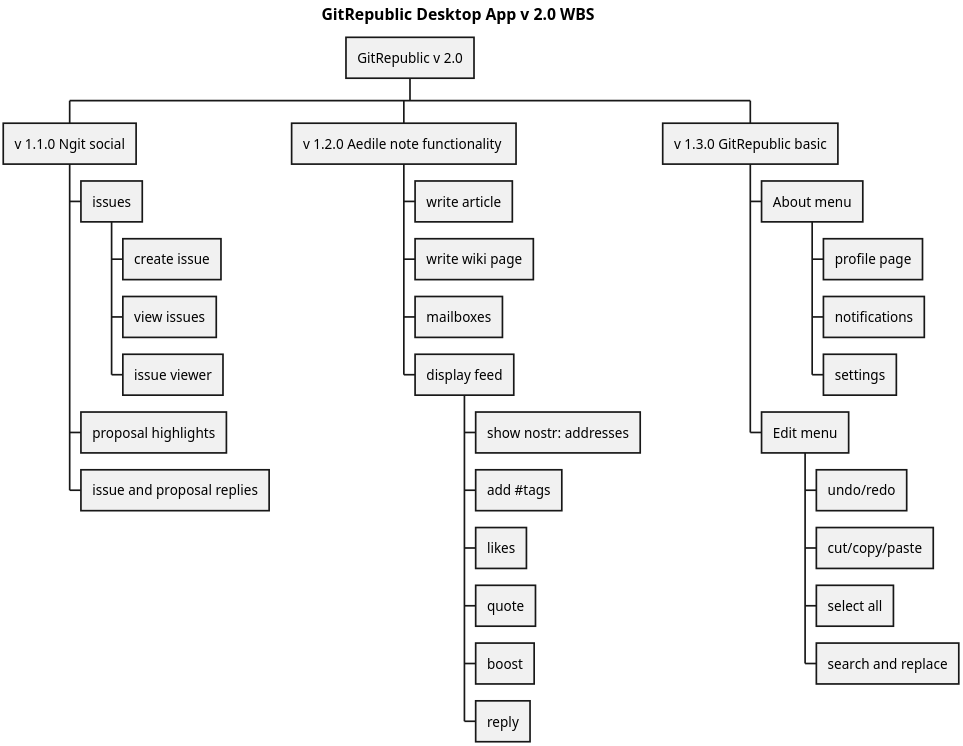
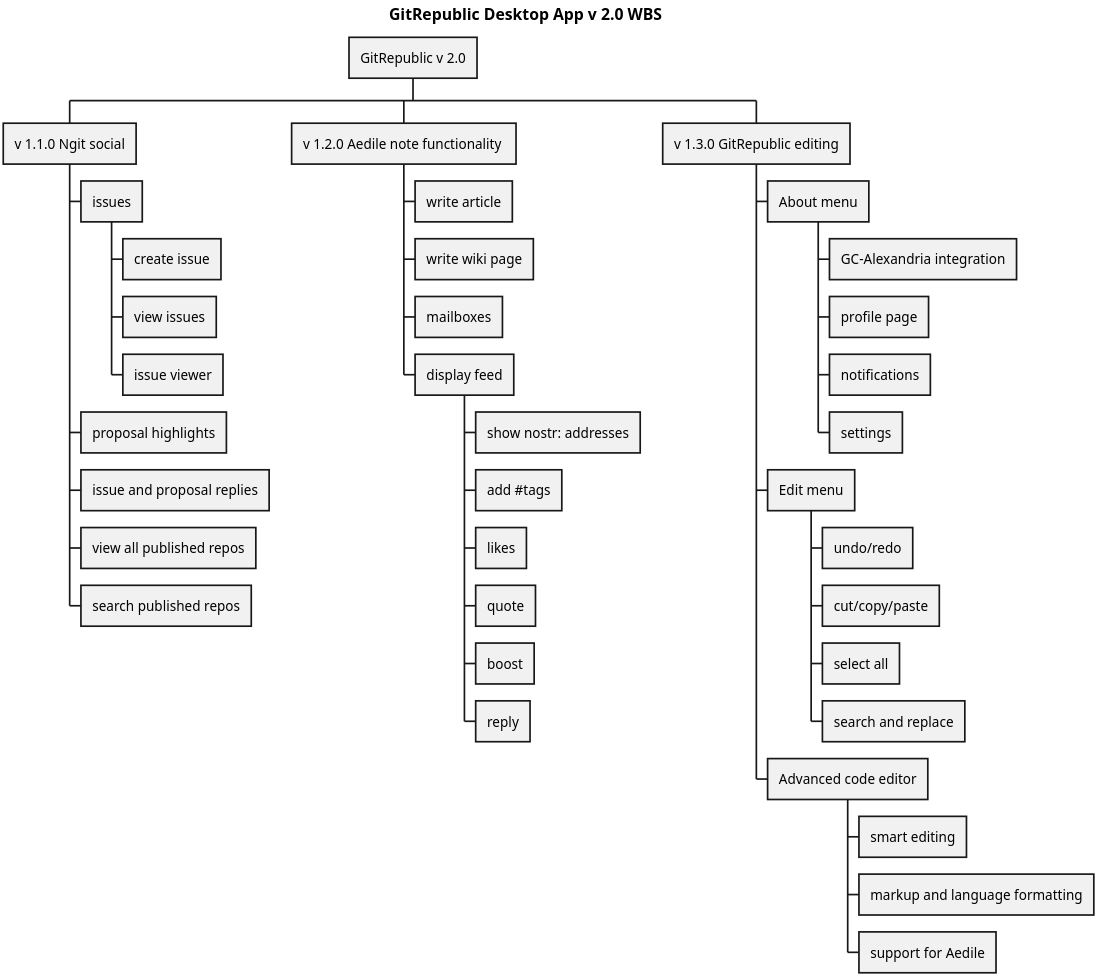
The diagram in plantUML/GitRepublic/GitRepublic_v2.0_WBS.puml (ShadowySupercode/gitcitadel), drawn with PlantUML before and after one commit. The commit also changed 11 other files, not shown here.

Commit message:
Update to plantUML diagrams.

```diff
--- a/plantUML/GitRepublic/GitRepublic_v2.0_WBS.puml
+++ b/plantUML/GitRepublic/GitRepublic_v2.0_WBS.puml
@@ -1,39 +1,46 @@
 @startwbs GitRepublic_v2.0_WBS
 
 skinparam dpi 300
 title GitRepublic Desktop App v 2.0 WBS
 
 * GitRepublic v 2.0
 
 ** v 1.1.0 Ngit social
 *** issues
 **** create issue
 **** view issues
 **** issue viewer
 *** proposal highlights
 *** issue and proposal replies
+*** view all published repos
+*** search published repos
 
 ** v 1.2.0 Aedile note functionality 
 *** write article
 *** write wiki page
 *** mailboxes
 *** display feed
 **** show nostr: addresses
 **** add #tags
 **** likes
 **** quote
 **** boost
 **** reply
 
-** v 1.3.0 GitRepublic basic
+** v 1.3.0 GitRepublic editing
 *** About menu
+**** GC-Alexandria integration
 **** profile page
 **** notifications
 **** settings
 *** Edit menu
 **** undo/redo
 **** cut/copy/paste
 **** select all
 **** search and replace
+*** Advanced code editor
+**** smart editing
+**** markup and language formatting
+**** support for Aedile
 
 @endwbs
```
